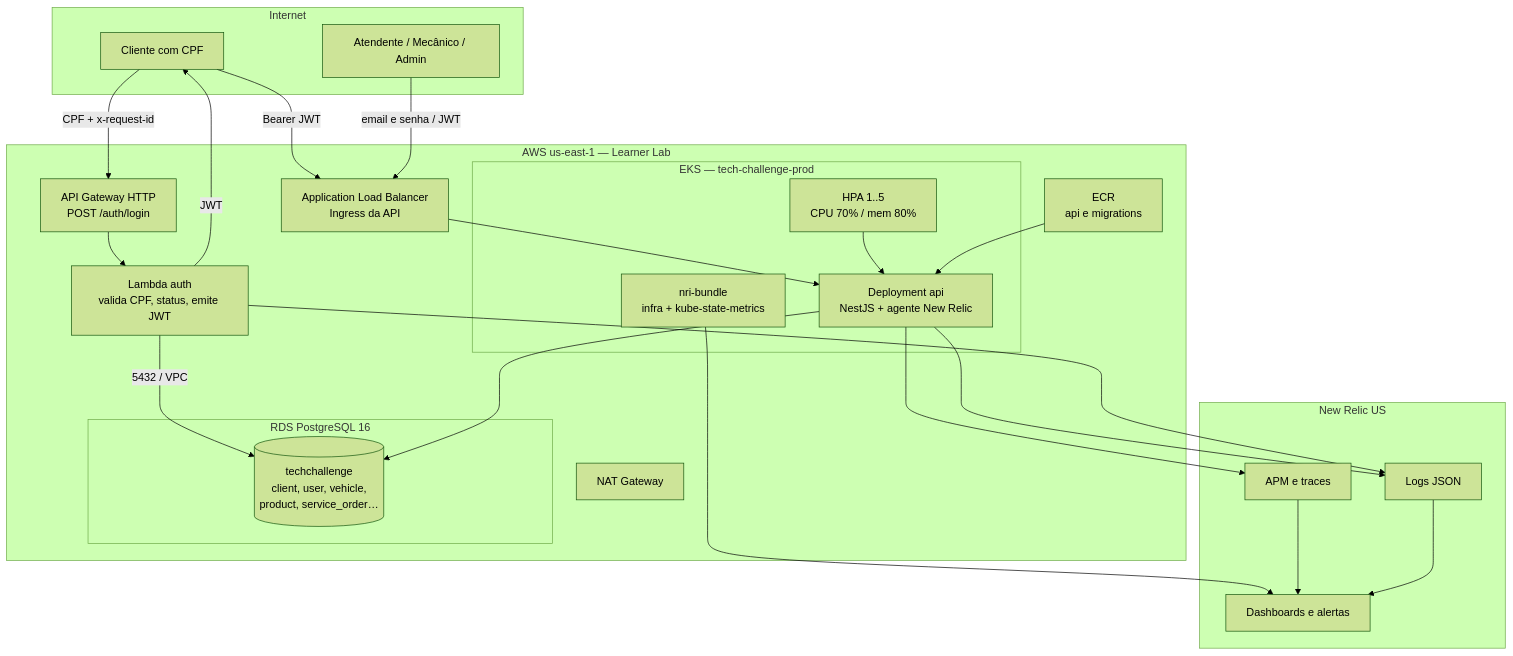
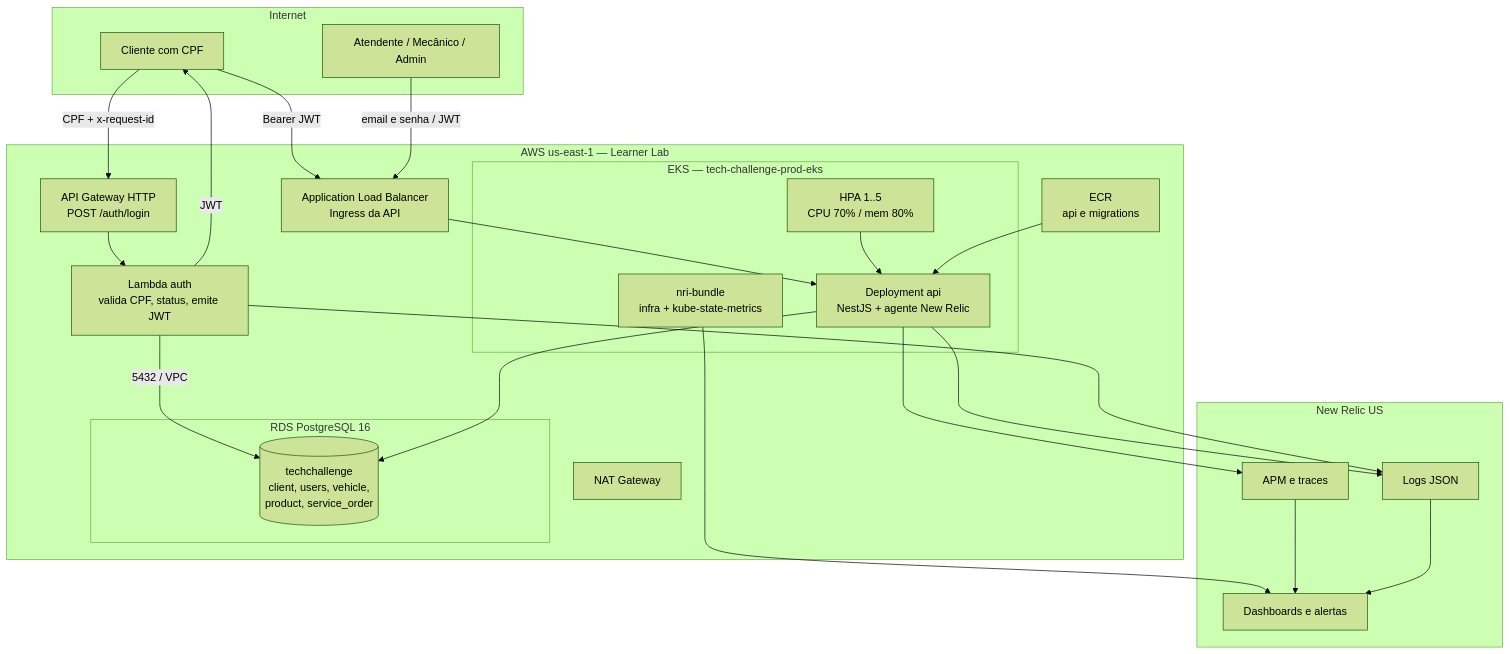
Before and after one commit to tech-challenge-pos-fiap-debora/app: the diagram in docs/diagrams/componentes-nuvem.md, drawn with Mermaid (forest theme). The commit also changed other lines of this file and 8 other files, not shown here.

````diff
--- a/docs/diagrams/componentes-nuvem.md
+++ b/docs/diagrams/componentes-nuvem.md
@@ -5,47 +5,47 @@
 ```mermaid
 flowchart TB
     subgraph Internet
         Cliente[Cliente com CPF]
         Equipe[Atendente / Mecânico / Admin]
     end
 
     subgraph AWS["AWS us-east-1 — Learner Lab"]
         GW["API Gateway HTTP\nPOST /auth/login"]
         LBD["Lambda auth\nvalida CPF, status, emite JWT"]
         ALB["Application Load Balancer\nIngress da API"]
 
-        subgraph EKS["EKS — tech-challenge-prod"]
+        subgraph EKS["EKS — tech-challenge-prod-eks"]
             API["Deployment api\nNestJS + agente New Relic"]
             HPA["HPA 1..5\nCPU 70% / mem 80%"]
             NRAGENT["nri-bundle\ninfra + kube-state-metrics"]
         end
 
         subgraph RDS["RDS PostgreSQL 16"]
-            DB[("techchallenge\nclient, user, vehicle,\nproduct, service_order…")]
+            DB[("techchallenge\nclient, users, vehicle,\nproduct, service_order")]
         end
 
         NAT["NAT Gateway"]
         ECR["ECR\napi e migrations"]
     end
 
     subgraph Observ["New Relic US"]
         APM[APM e traces]
         LOGS[Logs JSON]
         DASH[Dashboards e alertas]
     end
 
     Cliente -->|CPF + x-request-id| GW --> LBD
     LBD -->|JWT| Cliente
     LBD -->|5432 / VPC| DB
     Cliente -->|Bearer JWT| ALB --> API
     Equipe -->|email e senha / JWT| ALB
     API --> DB
     HPA --> API
     ECR --> API
     API --> APM
     API --> LOGS
     LBD --> LOGS
     NRAGENT --> DASH
     APM --> DASH
     LOGS --> DASH
 ```
````
